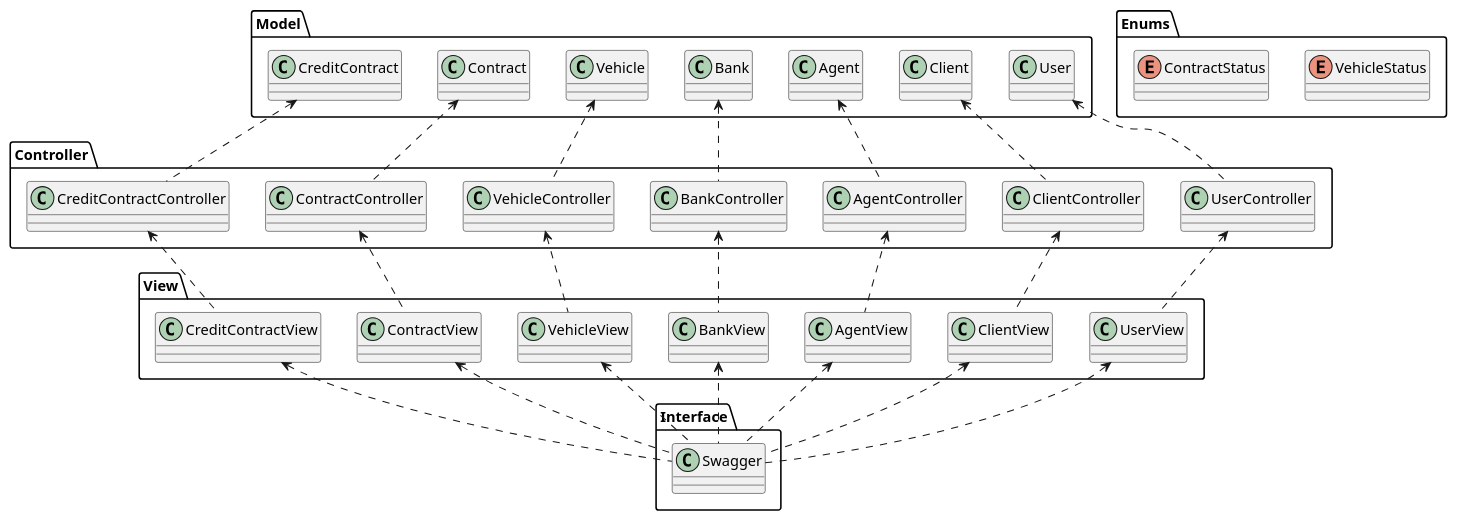
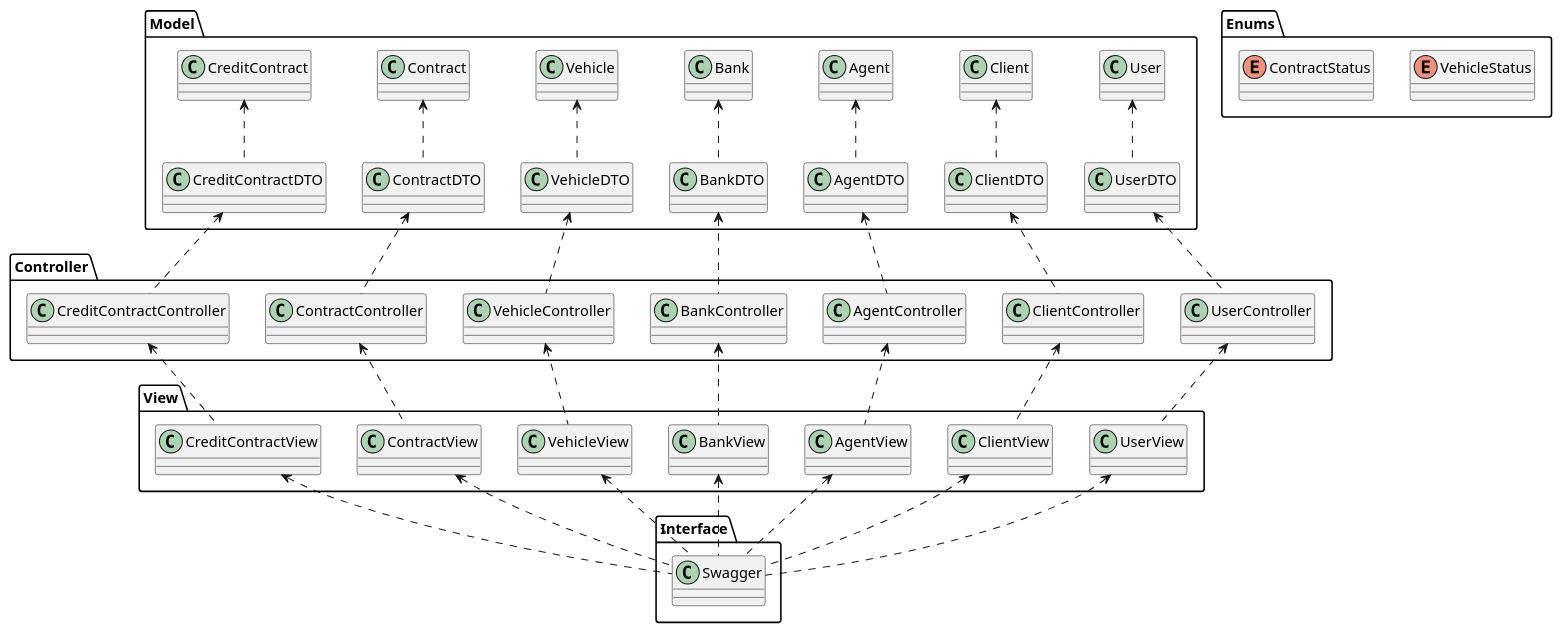
Before and after one commit to migueltico2/laboratorio-de-desenvolvimento-de-software: the diagram in projeto 2/project/packageDiagram.plantuml, drawn with PlantUML. The commit also changed 1 other file, not shown here.

Commit message:
add diagrams

```diff
--- a/projeto 2/project/packageDiagram.plantuml
+++ b/projeto 2/project/packageDiagram.plantuml
@@ -1,70 +1,84 @@
 @startuml
 
 package Model {
+    class UserDTO
+    class ClientDTO
+    class AgentDTO
+    class BankDTO
+    class VehicleDTO
+    class ContractDTO
+    class CreditContractDTO
     class User
     class Client
     class Agent
     class Bank
     class Vehicle
     class Contract
     class CreditContract
 }
 
 package Controller {
     class UserController
     class ClientController
     class AgentController
     class BankController
     class VehicleController
     class ContractController
     class CreditContractController
 }
 
 package View {
     class UserView
     class ClientView
     class AgentView
     class BankView
     class VehicleView
     class ContractView
     class CreditContractView
 }
 
 package Interface {
     class Swagger
 }
 
 package Enums {
     enum VehicleStatus
     enum ContractStatus
 }
 
-User <.. UserController
+User <.. UserDTO
+UserDTO <.. UserController
 UserController <.. UserView
 UserView <.. Swagger
 
-Client <.. ClientController
+Client <.. ClientDTO
+ClientDTO <.. ClientController
 ClientController <.. ClientView
 ClientView <.. Swagger
 
-Agent <.. AgentController
+Agent <.. AgentDTO
+AgentDTO <.. AgentController
 AgentController <.. AgentView
 AgentView <.. Swagger
 
-Bank <.. BankController
+Bank <.. BankDTO
+BankDTO <.. BankController
 BankController <.. BankView
 BankView <.. Swagger
 
-Vehicle <.. VehicleController
+Vehicle <.. VehicleDTO
+VehicleDTO <.. VehicleController
 VehicleController <.. VehicleView
 VehicleView <.. Swagger
 
-Contract <.. ContractController
+Contract <.. ContractDTO
+ContractDTO <.. ContractController
 ContractController <.. ContractView
 ContractView <.. Swagger
 
-CreditContract <.. CreditContractController
+CreditContract <.. CreditContractDTO
+CreditContractDTO <.. CreditContractController
 CreditContractController <.. CreditContractView
 CreditContractView <.. Swagger
 
 @enduml
```
